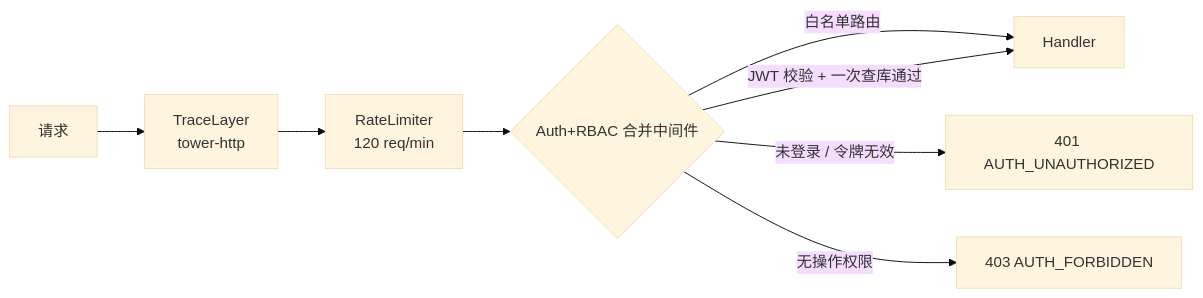
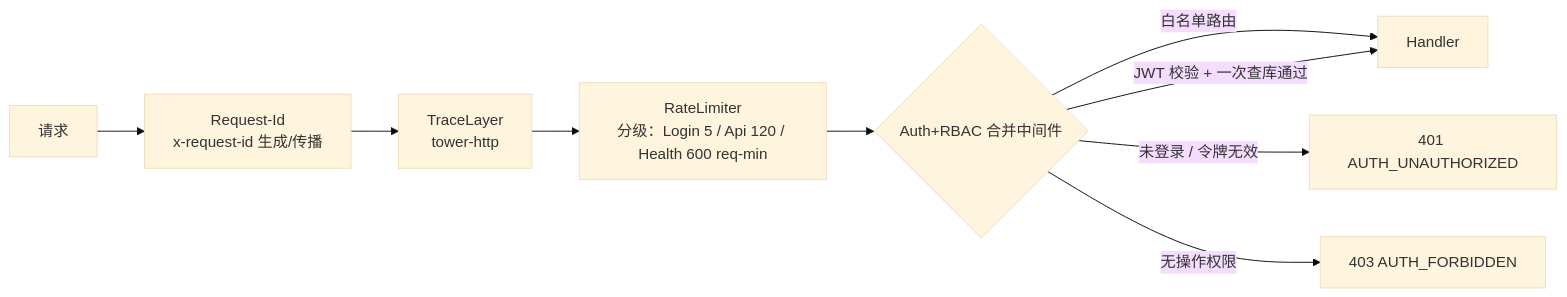
One commit to Forevery1021/Flamepanel changed the fifth of 5 diagrams in Doc/01-架构设计.md. Above: the diagram before and after it, drawn with Mermaid (base theme). The commit also changed other lines of this file and 264 other files, not shown here.

````diff
--- a/Doc/01-架构设计.md
+++ b/Doc/01-架构设计.md
@@ -206,10 +225,11 @@
 ```mermaid
 flowchart LR
-    REQ["请求"] --> TL["TraceLayer<br/>tower-http"]
-    TL --> RL["RateLimiter<br/>120 req/min"]
+    REQ["请求"] --> RID["Request-Id<br/>x-request-id 生成/传播"]
+    RID --> TL["TraceLayer<br/>tower-http"]
+    TL --> RL["RateLimiter<br/>分级：Login 5 / Api 120 / Health 600 req-min"]
     RL --> AUTH{"Auth+RBAC 合并中间件"}
     AUTH -- "白名单路由" --> H["Handler"]
     AUTH -- "JWT 校验 + 一次查库通过" --> H
     AUTH -- "未登录 / 令牌无效" --> E["401 AUTH_UNAUTHORIZED"]
     AUTH -- "无操作权限" --> F["403 AUTH_FORBIDDEN"]
 ```
````
